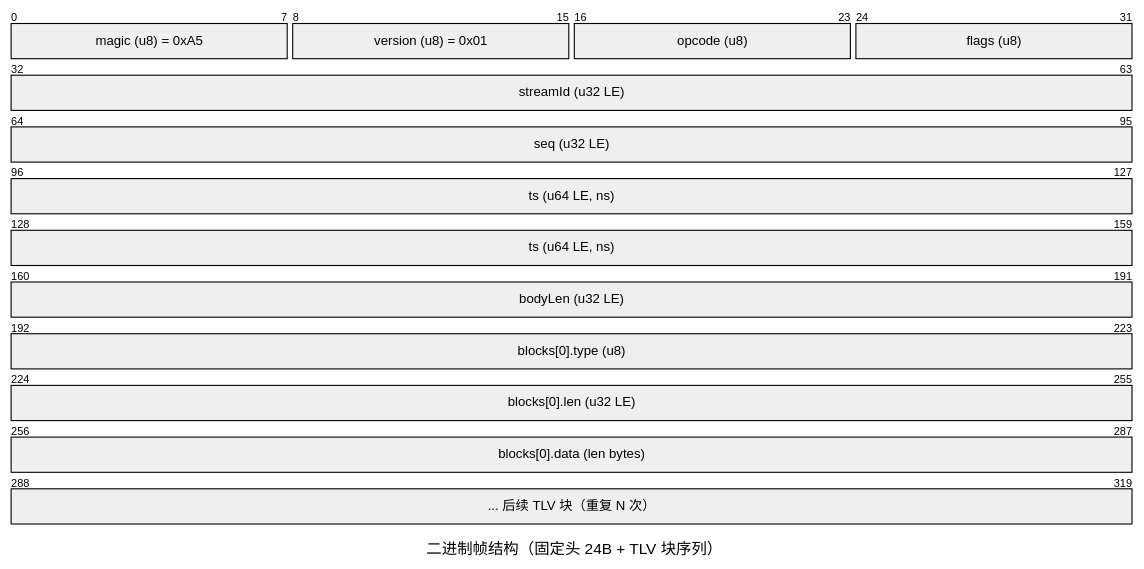
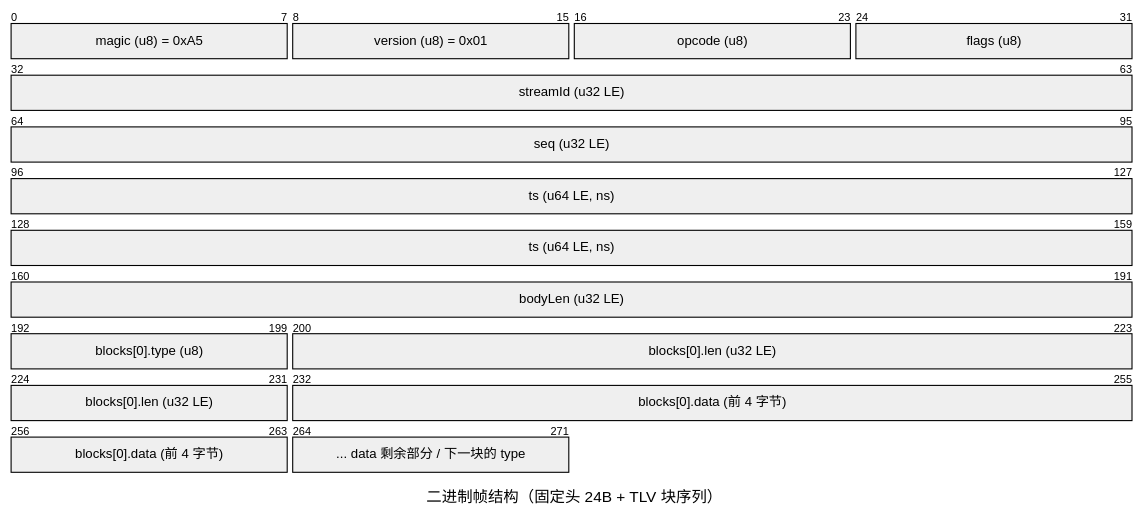
The sixth of 6 diagrams in docs/spec/02-ws-protocol-v1.md (qyslamd/my_ws_server_test), drawn with Mermaid before and after one commit. The commit also changed other lines of this file and 5 other files, not shown here.

````diff
--- a/docs/spec/02-ws-protocol-v1.md
+++ b/docs/spec/02-ws-protocol-v1.md
@@ -648,18 +700,18 @@
 ```mermaid
 ---
 title: "二进制帧结构（固定头 24B + TLV 块序列）"
 ---
 packet-beta
     0-7: "magic (u8) = 0xA5"
     8-15: "version (u8) = 0x01"
     16-23: "opcode (u8)"
     24-31: "flags (u8)"
     32-63: "streamId (u32 LE)"
     64-95: "seq (u32 LE)"
     96-159: "ts (u64 LE, ns)"
     160-191: "bodyLen (u32 LE)"
-    192-223: "blocks[0].type (u8)"
-    224-255: "blocks[0].len (u32 LE)"
-    256-287: "blocks[0].data (len bytes)"
-    288-319: "... 后续 TLV 块（重复 N 次）"
+    192-199: "blocks[0].type (u8)"
+    200-231: "blocks[0].len (u32 LE)"
+    232-263: "blocks[0].data (前 4 字节)"
+    264-271: "... data 剩余部分 / 下一块的 type"
 ```
````
